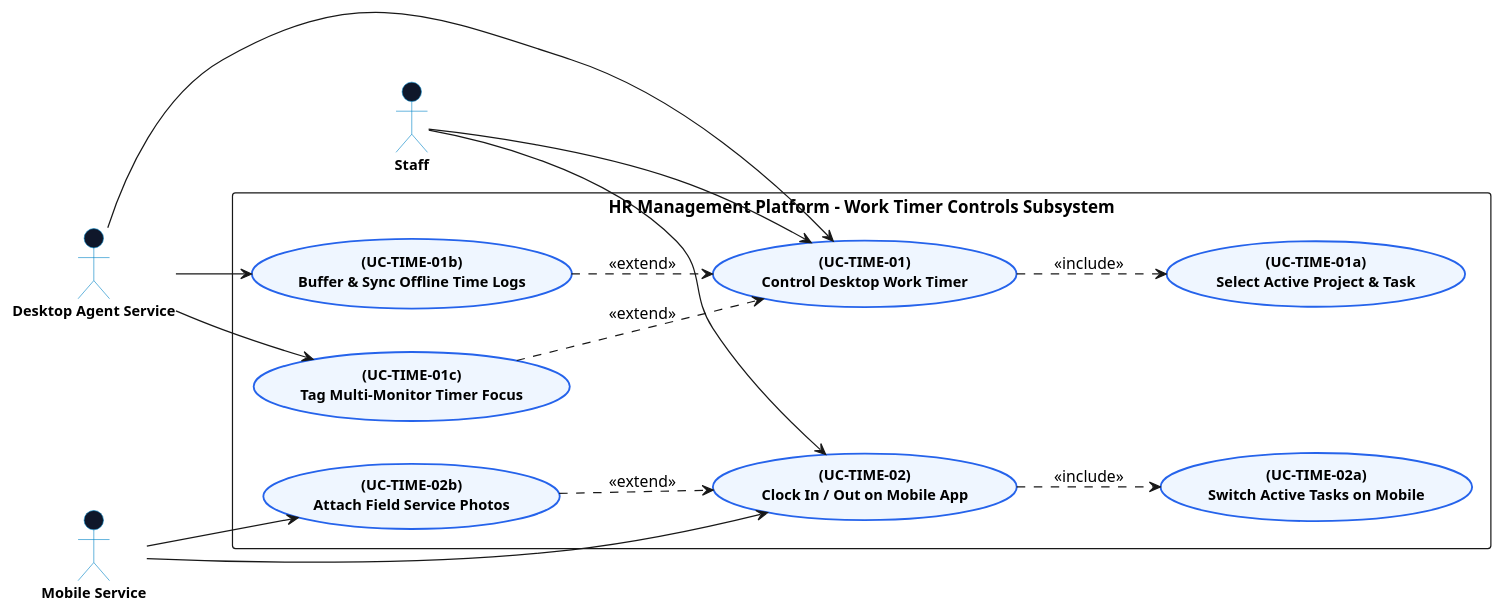
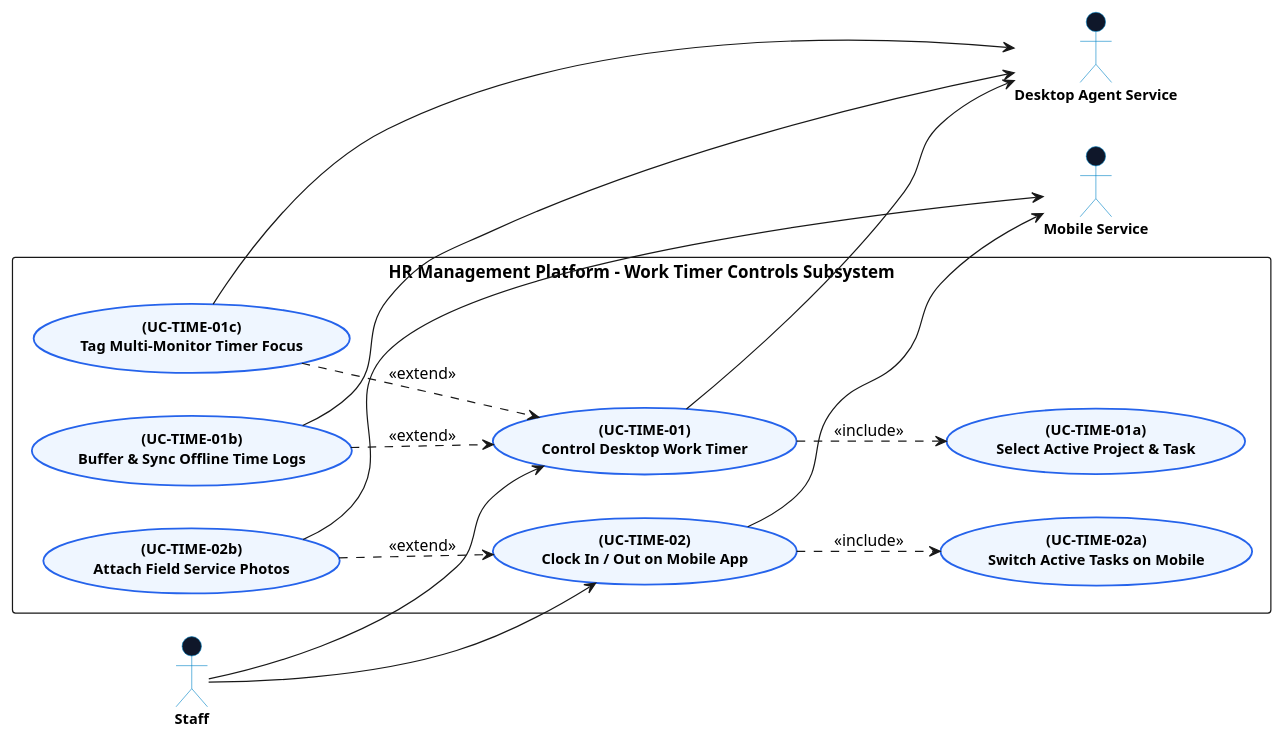
One commit to Dikhang1112/Monitoring_HR changed the diagram in docs/usecase_diagram/time_tracking/TimerControlsDiagram.md. Above: the diagram before and after it, drawn with PlantUML. The commit also changed other lines of this file and 17 other files, not shown here.

Commit message:
Usecase diagram of payroll

````diff
--- a/docs/usecase_diagram/time_tracking/TimerControlsDiagram.md
+++ b/docs/usecase_diagram/time_tracking/TimerControlsDiagram.md
@@ -9,74 +9,80 @@
 ```plantuml
 @startuml
 left to right direction
 skinparam packageStyle rectangle
 skinparam backgroundColor #ffffff
 skinparam shadowing false
 skinparam actorStyle stickman
 
 skinparam usecase {
   BackgroundColor #EFF6FF
   BorderColor #2563EB
   BorderThickness 1.5
   FontSize 12
   FontStyle bold
   FontName "Segoe UI"
 }
 
 skinparam actor {
   BackgroundColor #0F172A
   BorderColor #0284C7
   FontSize 12
   FontStyle bold
   FontName "Segoe UI"
 }
 
 ' =====================================================
-' ACTORS
+' PRIMARY ACTORS (LEFT SIDE)
 ' =====================================================
 actor "Staff" as EMP
-actor "Desktop Agent Service" as DESK_SVC
-actor "Mobile Service" as MOB_SVC
 
 ' =====================================================
-' SYSTEM BOUNDARY & USE CASES
+' SYSTEM BOUNDARY & USE CASES (CENTER)
 ' =====================================================
 rectangle "HR Management Platform - Work Timer Controls Subsystem" {
     
     ' Desktop Timer
     usecase "(UC-TIME-01)\nControl Desktop Work Timer" as UC_TIME01
     usecase "(UC-TIME-01a)\nSelect Active Project & Task" as UC_TIME01A
     usecase "(UC-TIME-01b)\nBuffer & Sync Offline Time Logs" as UC_TIME01B
     usecase "(UC-TIME-01c)\nTag Multi-Monitor Timer Focus" as UC_TIME01C
 
     ' Mobile Timer
     usecase "(UC-TIME-02)\nClock In / Out on Mobile App" as UC_TIME02
     usecase "(UC-TIME-02a)\nSwitch Active Tasks on Mobile" as UC_TIME02A
     usecase "(UC-TIME-02b)\nAttach Field Service Photos" as UC_TIME02B
 }
 
 ' =====================================================
+' SECONDARY ACTORS (RIGHT SIDE)
+' =====================================================
+actor "Desktop Agent Service" as DESK_SVC
+actor "Mobile Service" as MOB_SVC
+
+' =====================================================
 ' ACTOR CONNECTIONS
 ' =====================================================
+' Left Actors to Use Cases
 EMP --> UC_TIME01
 EMP --> UC_TIME02
 
-DESK_SVC --> UC_TIME01
-DESK_SVC --> UC_TIME01B
-DESK_SVC --> UC_TIME01C
+' Use Cases to Right Actors
+UC_TIME01 --> DESK_SVC
+UC_TIME01B --> DESK_SVC
+UC_TIME01C --> DESK_SVC
 
-MOB_SVC --> UC_TIME02
-MOB_SVC --> UC_TIME02B
+UC_TIME02 --> MOB_SVC
+UC_TIME02B --> MOB_SVC
 
 ' =====================================================
 ' INCLUDE & EXTEND RELATIONSHIPS
 ' =====================================================
 UC_TIME01 ..> UC_TIME01A : <<include>>
 UC_TIME01B ..> UC_TIME01 : <<extend>>
 UC_TIME01C ..> UC_TIME01 : <<extend>>
 
 UC_TIME02 ..> UC_TIME02A : <<include>>
 UC_TIME02B ..> UC_TIME02 : <<extend>>
 
 @enduml
 ```
````
